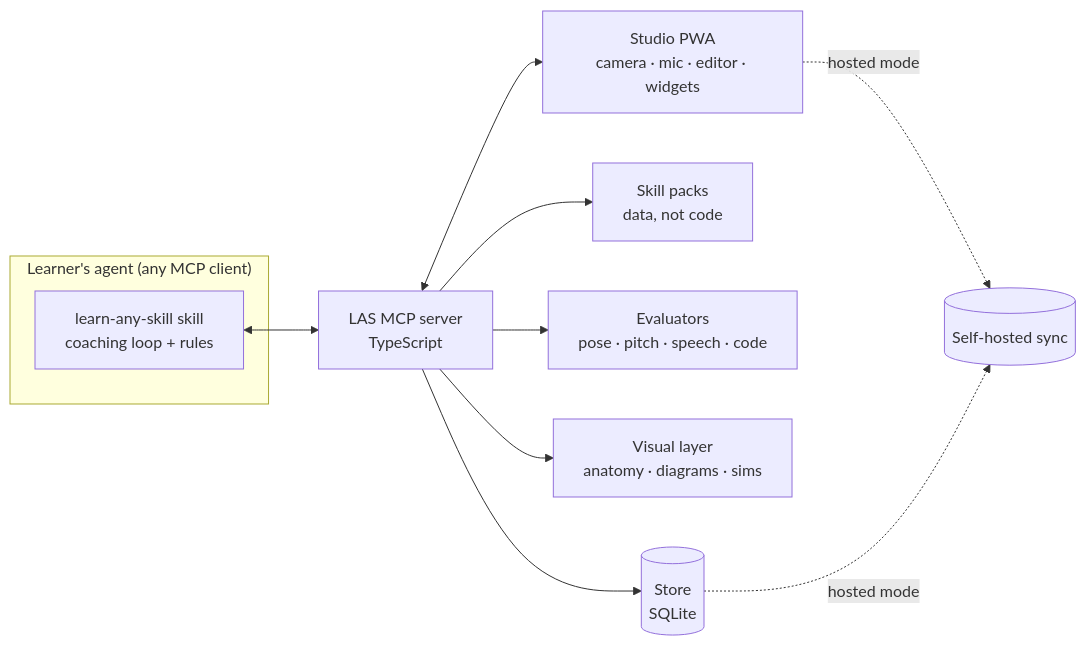
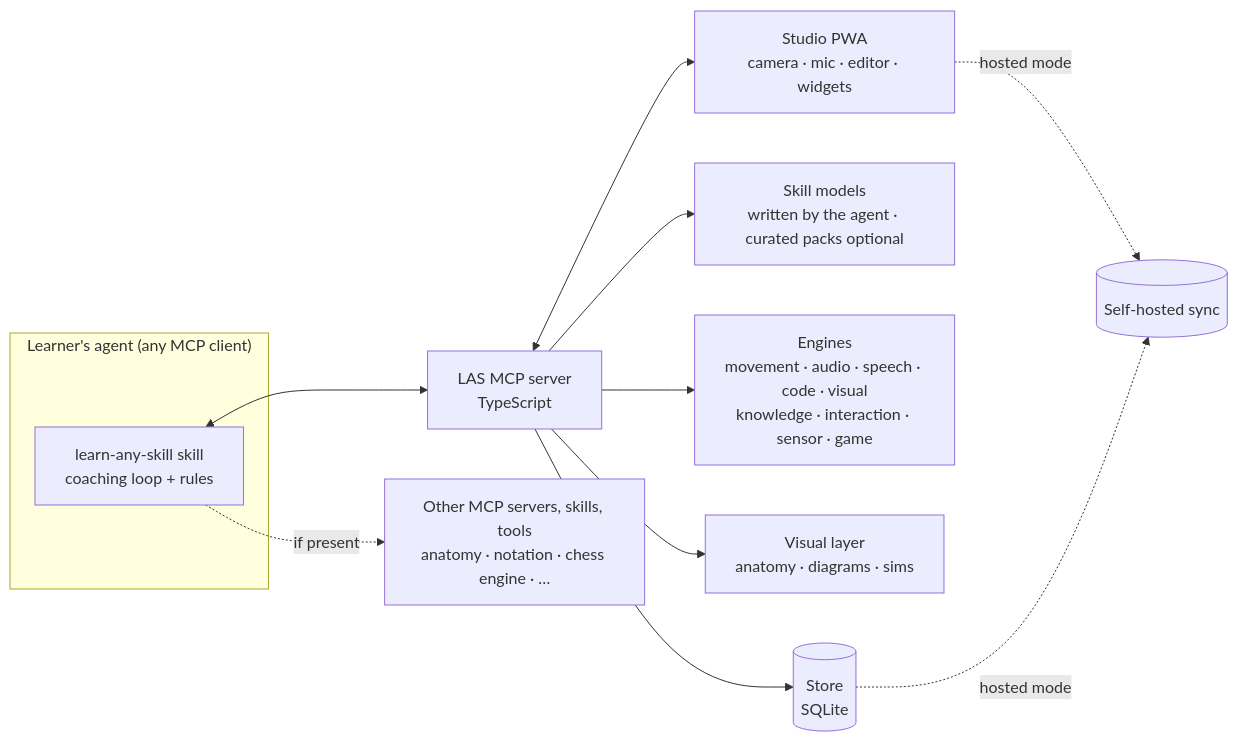
Before and after one commit to sukumar-v/las: the diagram in docs/DESIGN.md, drawn with Mermaid. The commit also changed other lines of this file and 6 other files, not shown here.

First line of the commit message:
Make the design general: no per-skill code

````diff
--- a/docs/DESIGN.md
+++ b/docs/DESIGN.md
@@ -48,14 +49,15 @@
 ```mermaid
 flowchart LR
   subgraph Agent["Learner's agent (any MCP client)"]
     SK[learn-any-skill skill<br/>coaching loop + rules]
   end
   SK <--> MCP[LAS MCP server<br/>TypeScript]
   MCP --> ST[(Store<br/>SQLite)]
-  MCP --> PK[Skill packs<br/>data, not code]
-  MCP --> EV[Evaluators<br/>pose · pitch · speech · code]
+  MCP --> PK[Skill models<br/>written by the agent · curated packs optional]
+  MCP --> EV[Engines<br/>movement · audio · speech · code · visual<br/>knowledge · interaction · sensor · game]
+  SK -. if present .-> EXT[Other MCP servers, skills, tools<br/>anatomy · notation · chess engine · …]
   MCP --> VZ[Visual layer<br/>anatomy · diagrams · sims]
   MCP <--> STU[Studio PWA<br/>camera · mic · editor · widgets]
   STU -. hosted mode .-> SYNC[(Self-hosted sync)]
   ST -. hosted mode .-> SYNC
 ```
````
